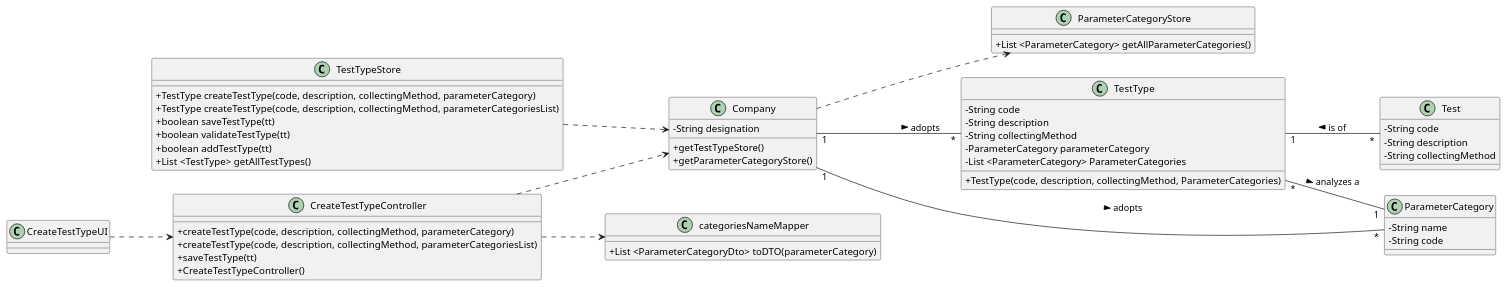
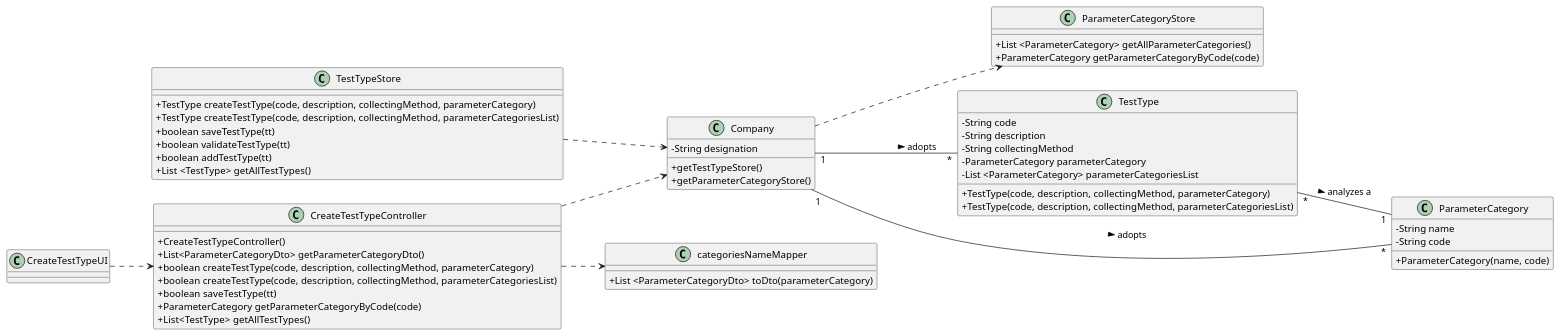
One commit to 0franciscor/lei-21-s2-1de-g19 changed the diagram in docs/SprintB/US09/US09-CD.puml. Above: the diagram before and after it, drawn with PlantUML. The commit also changed 3 other files, not shown here.

```diff
--- a/docs/SprintB/US09/US09-CD.puml
+++ b/docs/SprintB/US09/US09-CD.puml
@@ -1,76 +1,74 @@
 @startuml
 skinparam classAttributeIconSize 0
 left to right direction
 
 class "Company" as C {
 -String designation
 +getTestTypeStore()
 +getParameterCategoryStore()
 }
 
 class "categoriesNameMapper" as cNM {
-+List <ParameterCategoryDto> toDTO(parameterCategory)
++List <ParameterCategoryDto> toDto(parameterCategory)
 }
 
 class "TestTypeStore" as TTS{
 +TestType createTestType(code, description, collectingMethod, parameterCategory)
 +TestType createTestType(code, description, collectingMethod, parameterCategoriesList)
 +boolean saveTestType(tt)
 +boolean validateTestType(tt)
 +boolean addTestType(tt)
 +List <TestType> getAllTestTypes()
 }
 
 class "ParameterCategoryStore" as PCS{
 +List <ParameterCategory> getAllParameterCategories()
++ParameterCategory getParameterCategoryByCode(code)
 }
 
 class "TestType" as TT {
 -String code
 -String description
 -String collectingMethod
 -ParameterCategory parameterCategory
--List <ParameterCategory> ParameterCategories
-+TestType(code, description, collectingMethod, ParameterCategories)
+-List <ParameterCategory> parameterCategoriesList
++TestType(code, description, collectingMethod, parameterCategory)
++TestType(code, description, collectingMethod, parameterCategoriesList)
 }
 
 class "CreateTestTypeController" as CTTC {
-+createTestType(code, description, collectingMethod, parameterCategory)
-+createTestType(code, description, collectingMethod, parameterCategoriesList)
-+saveTestType(tt)
 +CreateTestTypeController()
-}
-
-class "Test" as T{
--String code
--String description
--String collectingMethod
++List<ParameterCategoryDto> getParameterCategoryDto()
++boolean createTestType(code, description, collectingMethod, parameterCategory)
++boolean createTestType(code, description, collectingMethod, parameterCategoriesList)
++boolean saveTestType(tt)
++ParameterCategory getParameterCategoryByCode(code)
++List<TestType> getAllTestTypes()
 }
 
 class "ParameterCategory" as PC{
 -String name
 -String code
++ParameterCategory(name, code)
 }
 
 class "CreateTestTypeUI" as CTTUI
 class "TestType" as TT
 class "CreateTestTypeController" as CTTC
 
 CTTUI ..> CTTC
 
 C ..> PCS
 
 TTS ..> C
 
 
 CTTC ..> C
 CTTC ..> cNM
 
-
-TT "1" -- "*" T: < is of
 TT "*" -- "1" PC : > analyzes a
 
 C "1" -- "*" TT : > adopts
 C "1" -- "*" PC : > adopts
 
 @enduml
```
